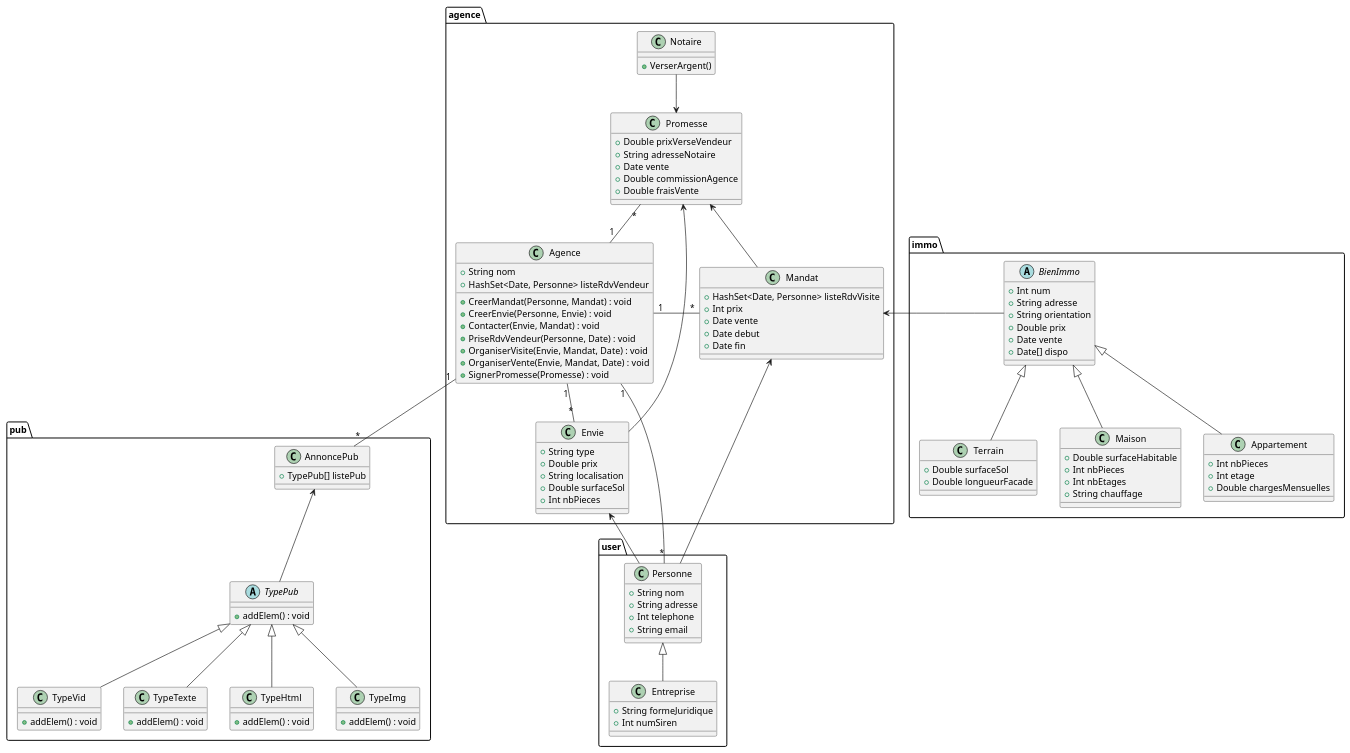
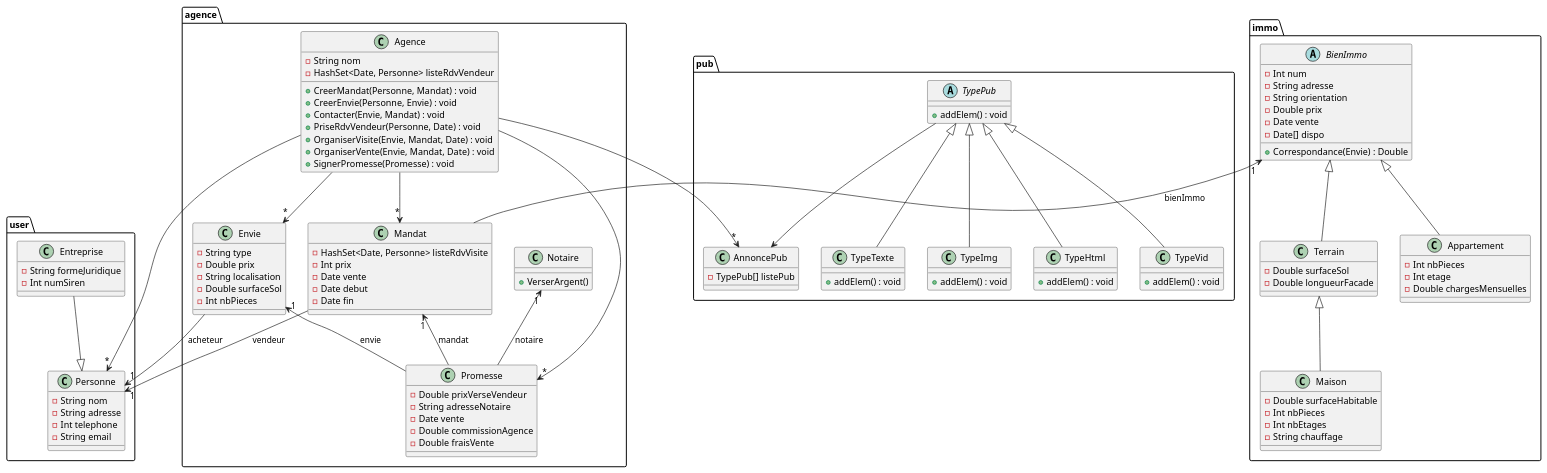
One commit to DenisGuiraudet/MIASHS_UML_PTUT changed the diagram in DOC/UML/diagClass.plantuml. Above: the diagram before and after it, drawn with PlantUML.

Commit message:
UML : class

```diff
--- a/DOC/UML/diagClass.plantuml
+++ b/DOC/UML/diagClass.plantuml
@@ -2,153 +2,154 @@
 @startuml
 
 package user {
 
   class Personne {
-    +String nom
-    +String adresse
-    +Int telephone
-    +String email
+    -String nom
+    -String adresse
+    -Int telephone
+    -String email
   }
 
   class Entreprise {
-    +String formeJuridique
-    +Int numSiren
+    -String formeJuridique
+    -Int numSiren
   }
 
-  Entreprise -up-|> Personne
+  Entreprise --|> Personne
 
 }
 
 package agence {
 
   class Agence {
-    +String nom
-    +HashSet<Date, Personne> listeRdvVendeur
+    -String nom
+    -HashSet<Date, Personne> listeRdvVendeur
     +CreerMandat(Personne, Mandat) : void
     +CreerEnvie(Personne, Envie) : void
     +Contacter(Envie, Mandat) : void
     +PriseRdvVendeur(Personne, Date) : void
     +OrganiserVisite(Envie, Mandat, Date) : void
     +OrganiserVente(Envie, Mandat, Date) : void
     +SignerPromesse(Promesse) : void
   }
 
-  Personne "*"-up-"1" Agence
+  Personne "*"<-- Agence
 
   class Envie {
-    +String type
-    +Double prix
-    +String localisation
-    +Double surfaceSol
-    +Int nbPieces
+    -String type
+    -Double prix
+    -String localisation
+    -Double surfaceSol
+    -Int nbPieces
   }
 
   class Mandat {
-    +HashSet<Date, Personne> listeRdvVisite
-    +Int prix
-    +Date vente
-    +Date debut
-    +Date fin
+    -HashSet<Date, Personne> listeRdvVisite
+    -Int prix
+    -Date vente
+    -Date debut
+    -Date fin
   }
 
-  Agence "1"-left-"*" Mandat
-  Agence "1"--"*" Envie
+  Agence -->"*" Mandat
+  Agence -->"*" Envie
 
-  Envie <-- Personne
-  Mandat <-- Personne
+  Envie -->"1" Personne : "acheteur"
+  Mandat -->"1" Personne : "vendeur"
 
   class Promesse {
-    +Double prixVerseVendeur
-    +String adresseNotaire
-    +Date vente
-    +Double commissionAgence
-    +Double fraisVente
+    -Double prixVerseVendeur
+    -String adresseNotaire
+    -Date vente
+    -Double commissionAgence
+    -Double fraisVente
   }
 
-  Agence "1"-up-"*" Promesse
-  Mandat -up-> Promesse
-  Envie -up-> Promesse
+  Agence -->"*" Promesse
+  Mandat "1"<-- Promesse : "mandat"
+  Envie "1"<-- Promesse : "envie"
 
   class Notaire {
     +VerserArgent()
   }
 
-  Notaire -down-> Promesse
+  Notaire "1"<-- Promesse : "notaire"
 
 }
 
 package pub {
 
   class AnnoncePub {
-    +TypePub[] listePub
+    -TypePub[] listePub
   }
 
-  Agence "1"-down-"*" AnnoncePub
+  Agence -->"*" AnnoncePub
 
   abstract class TypePub {
     +addElem() : void
   }
 
-  TypePub -up-> AnnoncePub
+  TypePub --> AnnoncePub
 
   class TypeTexte {
     +addElem() : void
   }
 
   class TypeHtml {
     +addElem() : void
   }
 
   class TypeImg {
     +addElem() : void
   }
 
   class TypeVid {
     +addElem() : void
   }
 
   TypeTexte -up-|> TypePub
   TypeHtml -up-|> TypePub
   TypeImg -up-|> TypePub
   TypeVid -up-|> TypePub
 
 }
 
 package immo {
 
   abstract class BienImmo {
-    +Int num
-    +String adresse
-    +String orientation
-    +Double prix
-    +Date vente
-    +Date[] dispo
+    -Int num
+    -String adresse
+    -String orientation
+    -Double prix
+    -Date vente
+    -Date[] dispo
+    +Correspondance(Envie) : Double
   }
 
   class Terrain {
-    +Double surfaceSol
-    +Double longueurFacade
+    -Double surfaceSol
+    -Double longueurFacade
   }
 
   class Maison {
-    +Double surfaceHabitable
-    +Int nbPieces
-    +Int nbEtages
-    +String chauffage
+    -Double surfaceHabitable
+    -Int nbPieces
+    -Int nbEtages
+    -String chauffage
   }
 
   class Appartement {
-    +Int nbPieces
-    +Int etage
-    +Double chargesMensuelles
+    -Int nbPieces
+    -Int etage
+    -Double chargesMensuelles
   }
 
-  BienImmo -left-> Mandat
+  BienImmo "1"<-- Mandat : "bienImmo"
 
   Terrain -up-|> BienImmo
-  Maison -up-|> BienImmo
+  Maison -up-|> Terrain
   Appartement -up-|> BienImmo
 
 }
 
 @enduml
```
